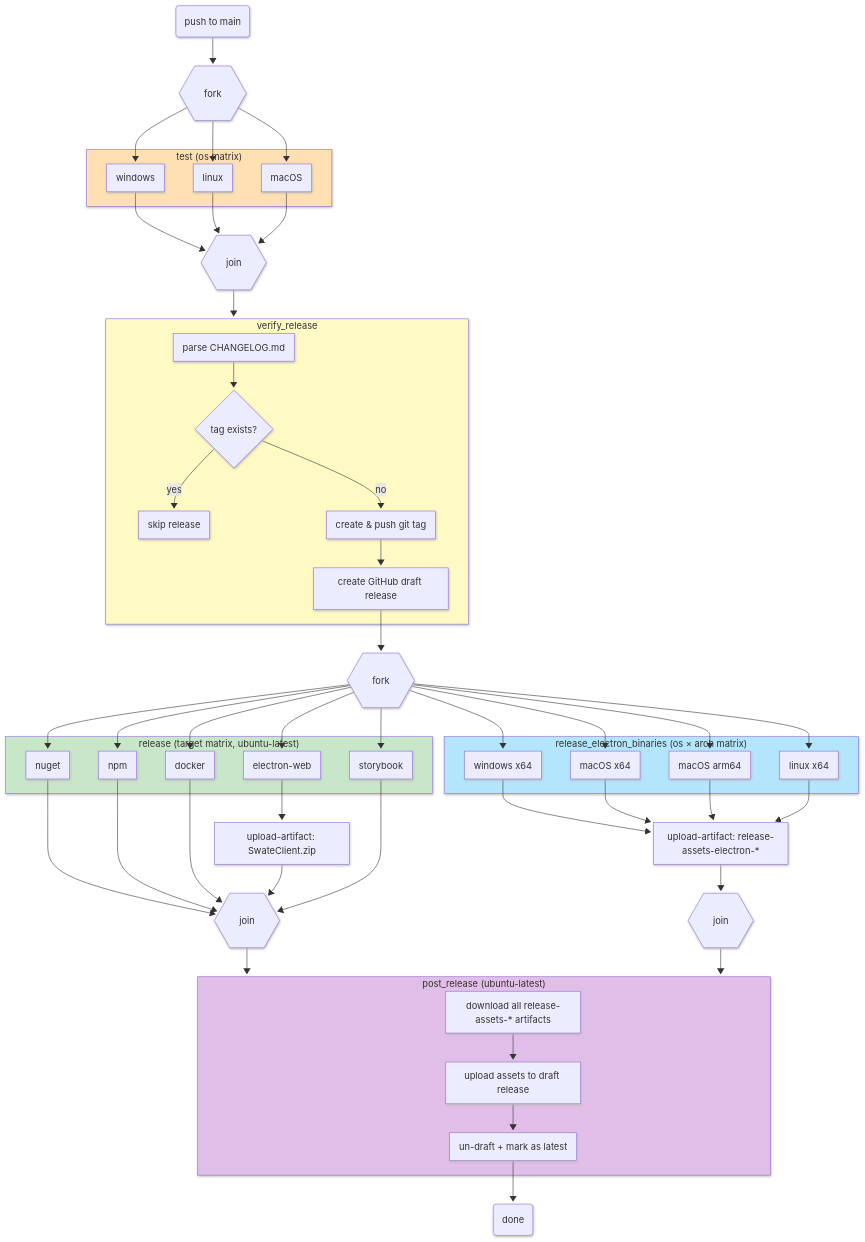
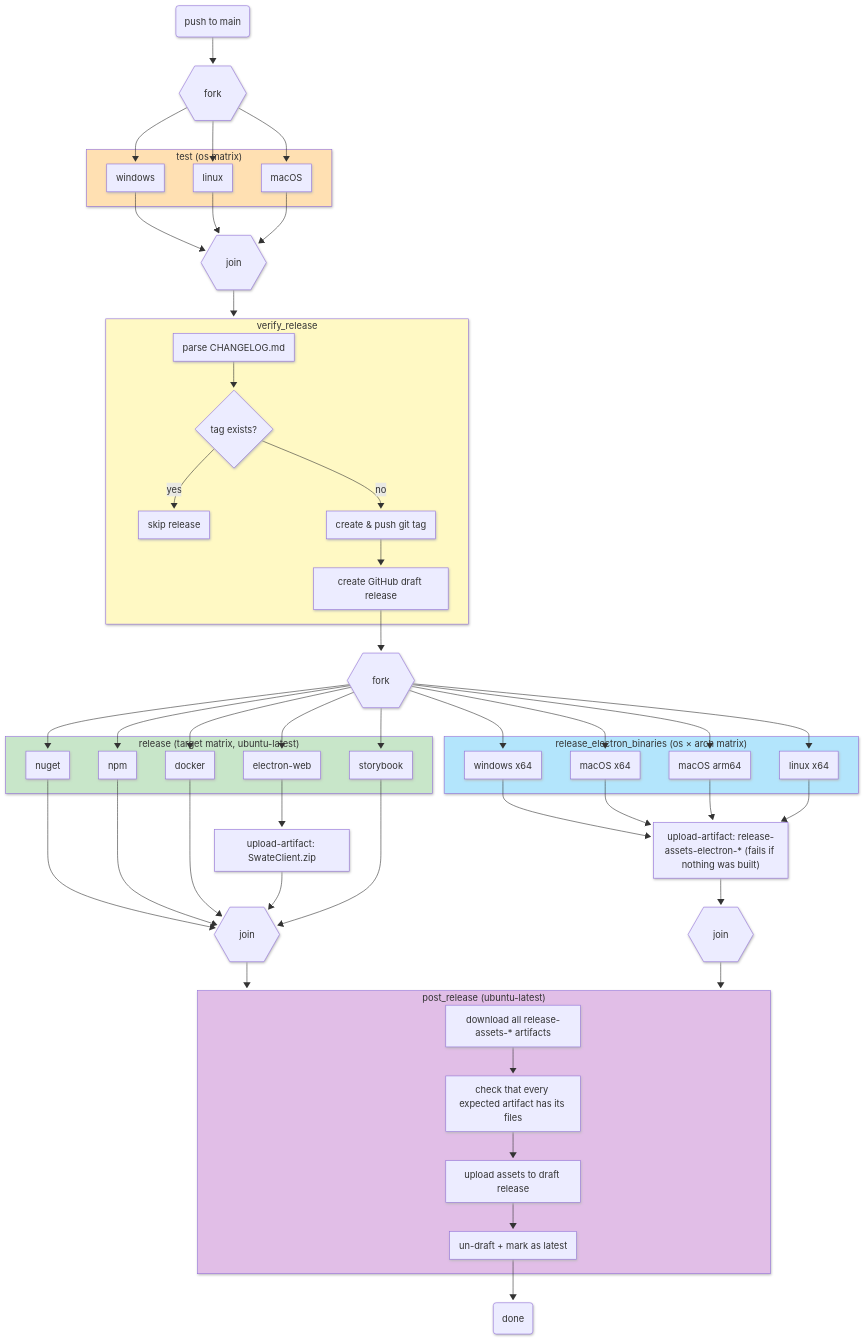
Before and after one commit to nfdi4plants/Swate: the first of 2 diagrams in docs/maintainer/README.md, drawn with Mermaid. The commit also changed other lines of this file and 4 other files, not shown here.

````diff
--- a/docs/maintainer/README.md
+++ b/docs/maintainer/README.md
@@ -9,74 +9,75 @@
 ```mermaid
 ---
 config:
   look: neo
   layout: dagre
 ---
 flowchart TD
     commit("push to main") --> test-fork{{"fork"}}
 
     subgraph test["test (os matrix)"]
         t-win["windows"]
         t-linux["linux"]
         t-mac["macOS"]
     end
 
     test-fork --> t-win & t-linux & t-mac
     t-win & t-linux & t-mac --> test-join{{"join"}}
     test-join --> verify
 
     subgraph verify["verify_release"]
         v-parse["parse CHANGELOG.md"]
         v-check{"tag exists?"}
         v-skip["skip release"]
         v-tag["create & push git tag"]
         v-draft["create GitHub draft release"]
         v-parse --> v-check
         v-check -->|yes| v-skip
         v-check -->|no| v-tag --> v-draft
     end
 
     v-draft --> rel-fork{{"fork"}}
 
     subgraph release["release (target matrix, ubuntu-latest)"]
         r-nuget["nuget"]
         r-npm["npm"]
         r-docker["docker"]
         r-web["electron-web"]
         r-story["storybook"]
     end
 
     subgraph binaries["release_electron_binaries (os × arch matrix)"]
         b-win["windows x64"]
         b-mac-x64["macOS x64"]
         b-mac-arm["macOS arm64"]
         b-linux["linux x64"]
     end
 
     rel-fork --> r-nuget & r-npm & r-docker & r-web & r-story
     rel-fork --> b-win & b-mac-x64 & b-mac-arm & b-linux
 
     r-web --> art-client["upload-artifact: SwateClient.zip"]
-    b-win & b-mac-x64 & b-mac-arm & b-linux --> art-bin["upload-artifact: release-assets-electron-*"]
+    b-win & b-mac-x64 & b-mac-arm & b-linux --> art-bin["upload-artifact: release-assets-electron-* (fails if nothing was built)"]
 
     r-nuget & r-npm & r-docker & art-client & r-story --> rel-join{{"join"}}
     art-bin --> bin-join{{"join"}}
 
     rel-join --> post
     bin-join --> post
 
     subgraph post["post_release (ubuntu-latest)"]
         p-dl["download all release-assets-* artifacts"]
+        p-check["check that every expected artifact has its files"]
         p-upload["upload assets to draft release"]
         p-final["un-draft + mark as latest"]
-        p-dl --> p-upload --> p-final
+        p-dl --> p-check --> p-upload --> p-final
     end
 
     p-final --> done("done")
 
     style test fill:#FFE0B2
     style verify fill:#FFF9C4
     style release fill:#C8E6C9
     style binaries fill:#B3E5FC
     style post fill:#E1BEE7
 ```
````
